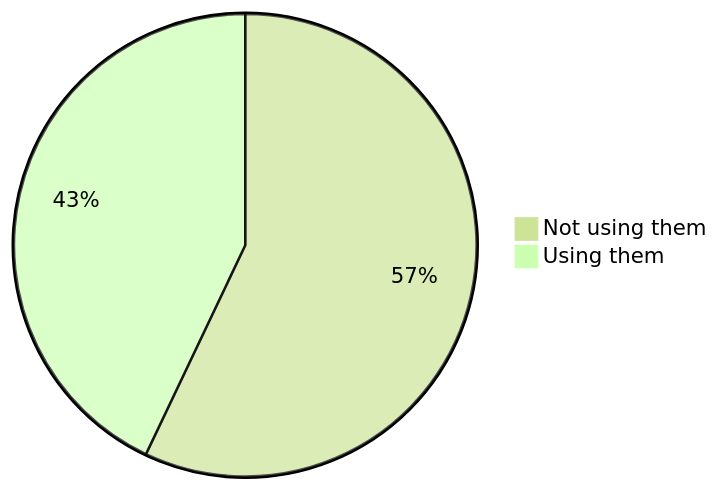
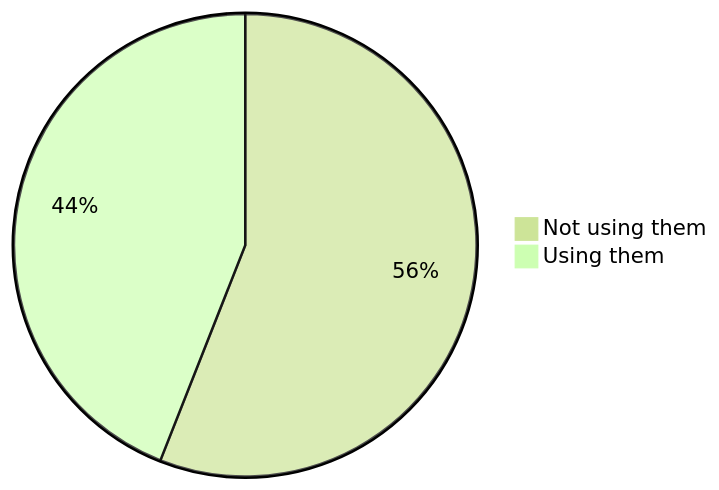
Before and after one commit to oshp/oshp-stats: the first of 22 diagrams in stats.md, drawn with Mermaid (forest theme). The commit also changed other lines of this file, not shown here.

````diff
--- a/stats.md
+++ b/stats.md
@@ -10,6 +10,6 @@
 ```mermaid
 pie
-	"Not using them" : 57.06
-	"Using them" : 42.94
+	"Not using them" : 55.98
+	"Using them" : 44.02
 
 ```
````
